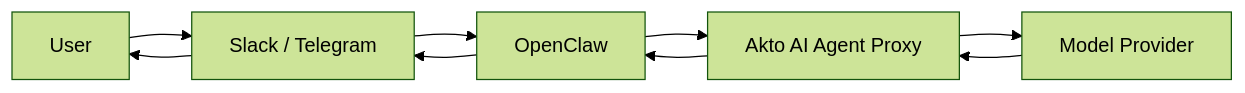
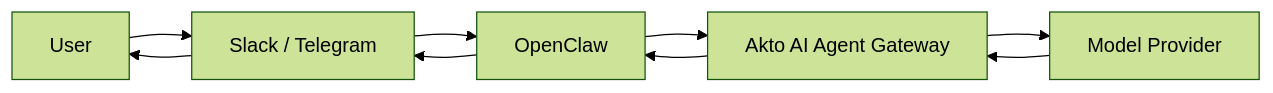
One commit to akto-api-security/Documentation changed the diagram in akto-atlas-agentic-ai-security-for-employee-endpoints/endpoints-discovery-agents/openclaw-clawdbot-visibility.md. Above: the diagram before and after it, drawn with Mermaid (forest theme). The commit also changed other lines of this file and 6 other files, not shown here.

Commit message:
p3- chaniging the word proxy to gateway in docs

````diff
--- a/akto-atlas-agentic-ai-security-for-employee-endpoints/endpoints-discovery-agents/openclaw-clawdbot-visibility.md
+++ b/akto-atlas-agentic-ai-security-for-employee-endpoints/endpoints-discovery-agents/openclaw-clawdbot-visibility.md
@@ -45,18 +45,18 @@
 ```mermaid
 flowchart LR
 
 User[User]
 Channel[Slack / Telegram]
 OpenClaw[OpenClaw]
-Proxy[Akto AI Agent Proxy]
+Gateway[Akto AI Agent Gateway]
 Model[Model Provider]
 
 User --> Channel
 Channel --> OpenClaw
-OpenClaw --> Proxy
-Proxy --> Model
-Model --> Proxy
-Proxy --> OpenClaw
+OpenClaw --> Gateway
+Gateway --> Model
+Model --> Gateway
+Gateway --> OpenClaw
 OpenClaw --> Channel
 Channel --> User
 ```
````
